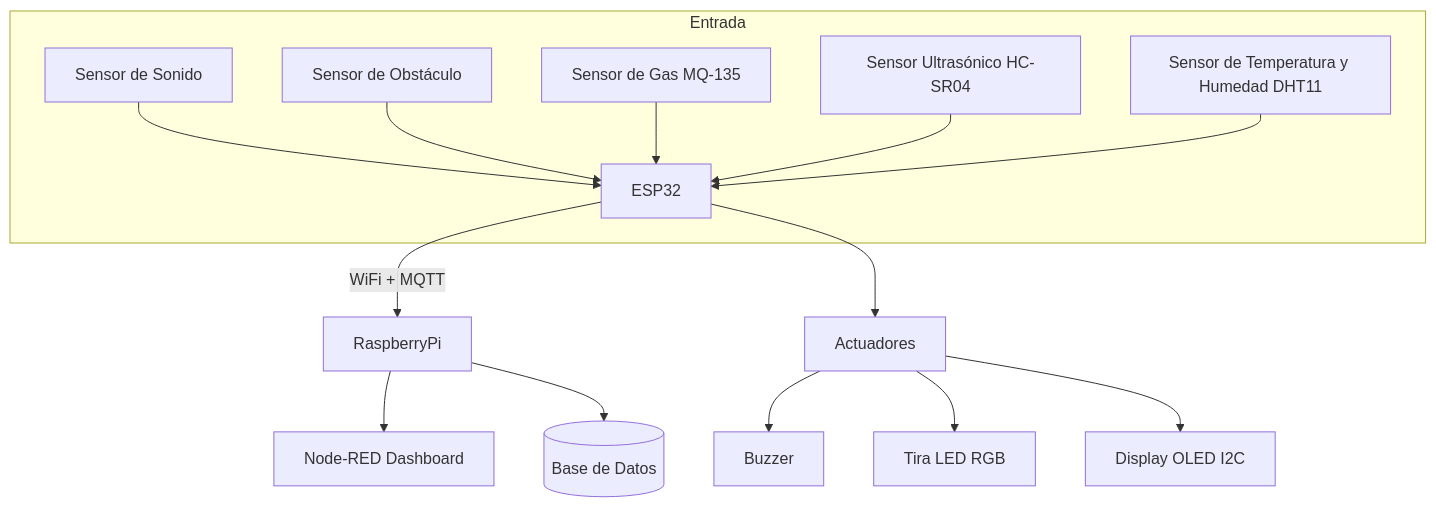
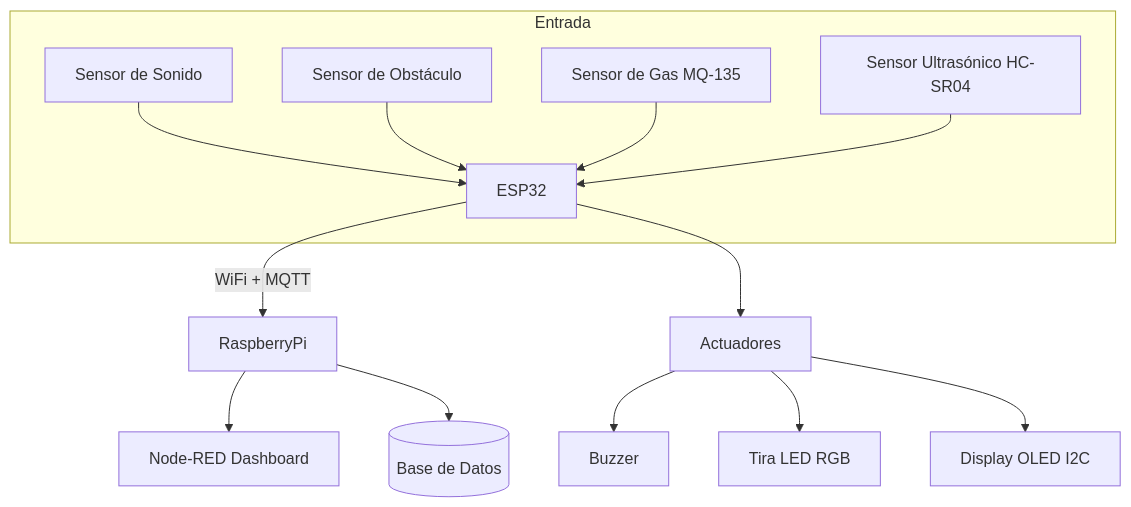
The diagram in README.md (Vir-gil-io/AppsIoT-ProyectoFinal2025), drawn with Mermaid before and after one commit.

````diff
--- a/README.md
+++ b/README.md
@@ -21,20 +21,19 @@
 ```mermaid
 graph TD;
     subgraph Entrada
     mic[Sensor de Sonido] --> ESP32
     ir[Sensor de Obstáculo] --> ESP32
     gas[Sensor de Gas MQ-135] --> ESP32
     dist[Sensor Ultrasónico HC-SR04] --> ESP32
-    temp[Sensor de Temperatura y Humedad DHT11] --> ESP32
     end
 
     ESP32 -->|WiFi + MQTT| RaspberryPi
     ESP32 --> Actuadores
 
     RaspberryPi --> Dashboard[Node-RED Dashboard]
     RaspberryPi --> PostgreSQL[(Base de Datos)]
 
     Actuadores --> Buzzer
     Actuadores --> LED[Tira LED RGB]
     Actuadores --> OLED[Display OLED I2C]
 ```
````
